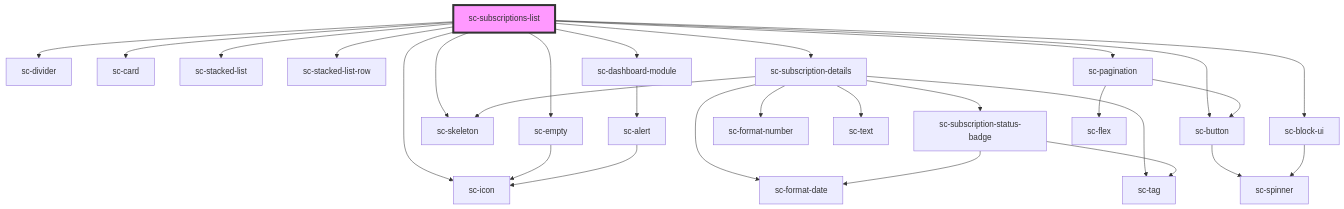
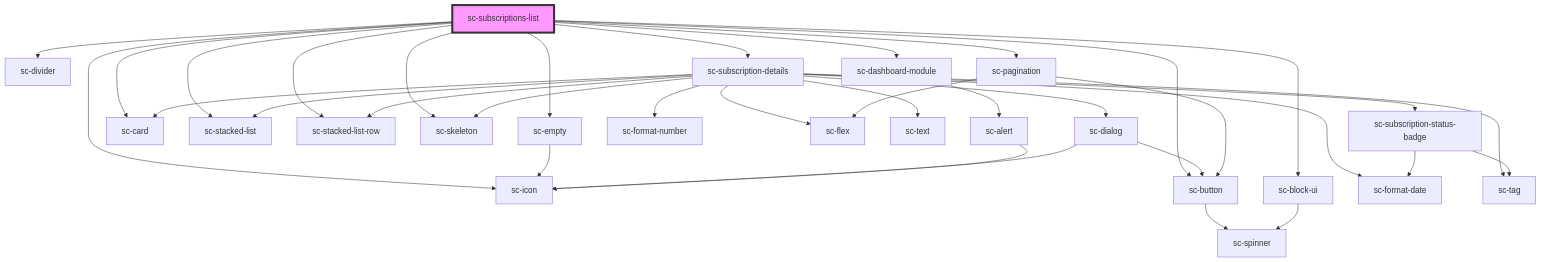
One commit to surecart/surecart-wp-plugin changed the diagram in packages/components/src/components/controllers/dashboard/subscriptions-list/readme.md. Above: the diagram before and after it, drawn with Mermaid. The commit also changed 15 other files, not shown here.

````diff
--- a/packages/components/src/components/controllers/dashboard/subscriptions-list/readme.md
+++ b/packages/components/src/components/controllers/dashboard/subscriptions-list/readme.md
@@ -37,31 +37,38 @@
 ```mermaid
 graph TD;
   sc-subscriptions-list --> sc-divider
   sc-subscriptions-list --> sc-empty
   sc-subscriptions-list --> sc-card
   sc-subscriptions-list --> sc-stacked-list
   sc-subscriptions-list --> sc-stacked-list-row
   sc-subscriptions-list --> sc-skeleton
   sc-subscriptions-list --> sc-subscription-details
   sc-subscriptions-list --> sc-icon
   sc-subscriptions-list --> sc-dashboard-module
   sc-subscriptions-list --> sc-button
   sc-subscriptions-list --> sc-pagination
   sc-subscriptions-list --> sc-block-ui
   sc-empty --> sc-icon
   sc-subscription-details --> sc-subscription-status-badge
   sc-subscription-details --> sc-format-date
   sc-subscription-details --> sc-skeleton
   sc-subscription-details --> sc-format-number
+  sc-subscription-details --> sc-flex
+  sc-subscription-details --> sc-tag
   sc-subscription-details --> sc-text
-  sc-subscription-details --> sc-tag
+  sc-subscription-details --> sc-dialog
+  sc-subscription-details --> sc-card
+  sc-subscription-details --> sc-stacked-list
+  sc-subscription-details --> sc-stacked-list-row
   sc-subscription-status-badge --> sc-format-date
   sc-subscription-status-badge --> sc-tag
+  sc-dialog --> sc-button
+  sc-dialog --> sc-icon
+  sc-button --> sc-spinner
   sc-dashboard-module --> sc-alert
   sc-alert --> sc-icon
-  sc-button --> sc-spinner
   sc-pagination --> sc-flex
   sc-pagination --> sc-button
   sc-block-ui --> sc-spinner
   style sc-subscriptions-list fill:#f9f,stroke:#333,stroke-width:4px
 ```
````
